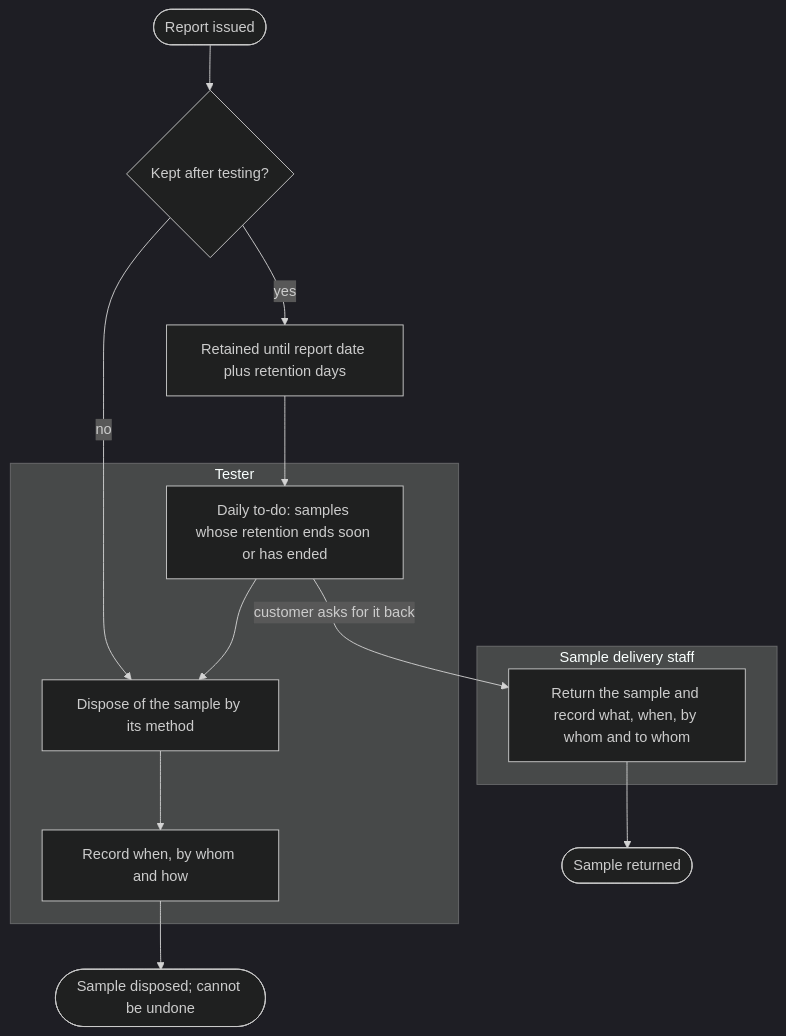
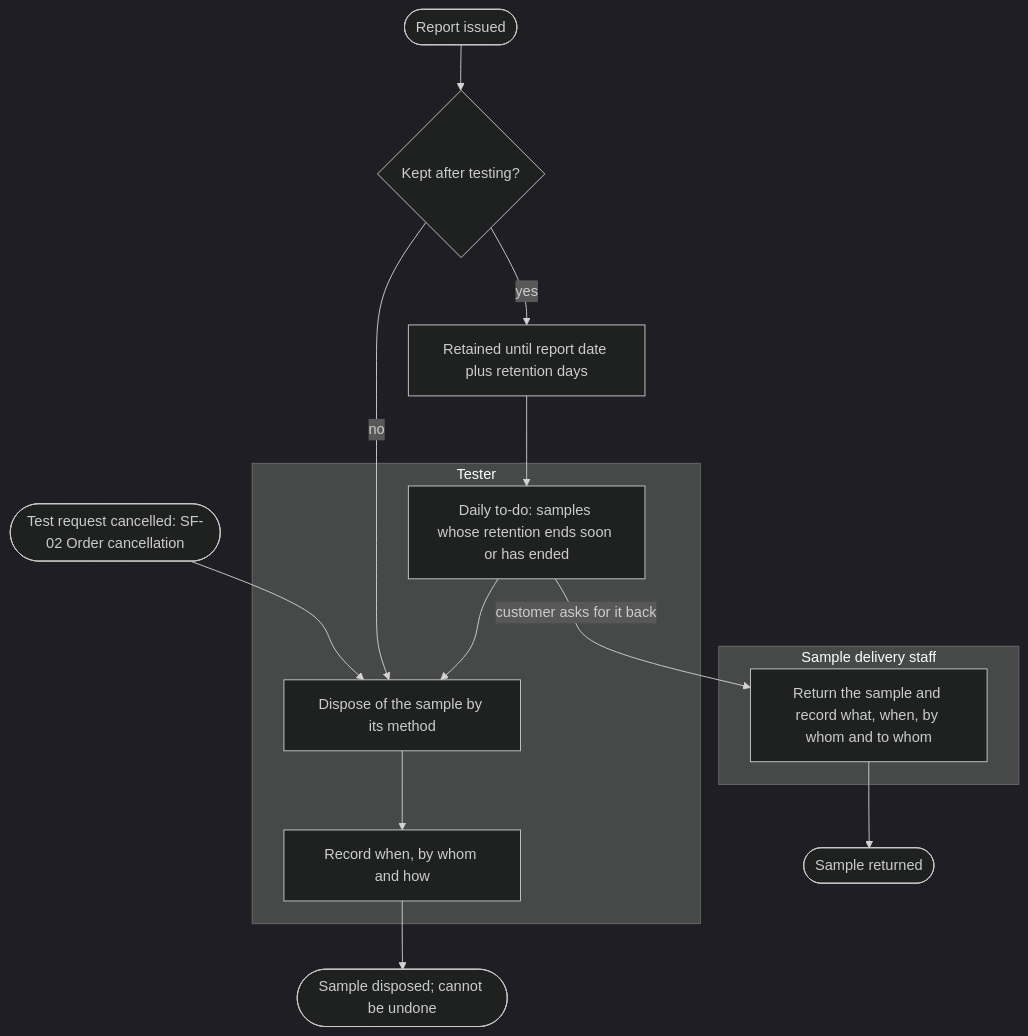
One commit to SoltuneMontepre/medilab changed the tenth of 17 diagrams in docs/functional/business-flows.md. Above: the diagram before and after it, drawn with Mermaid (dark theme). The commit also changed other lines of this file and 122 other files, not shown here.

First line of the commit message:
[docs] Align the requirements with the final activity diagrams and BM04 v1.1 (#551)

````diff
--- a/docs/functional/business-flows.md
+++ b/docs/functional/business-flows.md
@@ -461,16 +496,17 @@
 ```mermaid
 flowchart TD
     subgraph lane26 ["Tester"]
         t1["Daily to-do: samples whose retention ends soon or has ended"]
         t2[Dispose of the sample by its method]
         t3[Record when, by whom and how]
     end
     subgraph lane66 ["Sample delivery staff"]
         d1[Return the sample and record what, when, by whom and to whom]
     end
     start([Report issued]) --> keep{Kept after testing?}
     keep -->|yes| retained[Retained until report date plus retention days] --> t1 --> t2
     t1 -->|customer asks for it back| d1 --> returned(["Sample returned"])
     keep -->|no| t2
+    cancelled([Test request cancelled: SF-02 Order cancellation]) --> t2
     t2 --> t3 --> done(["Sample disposed; cannot be undone"])
 ```
````
